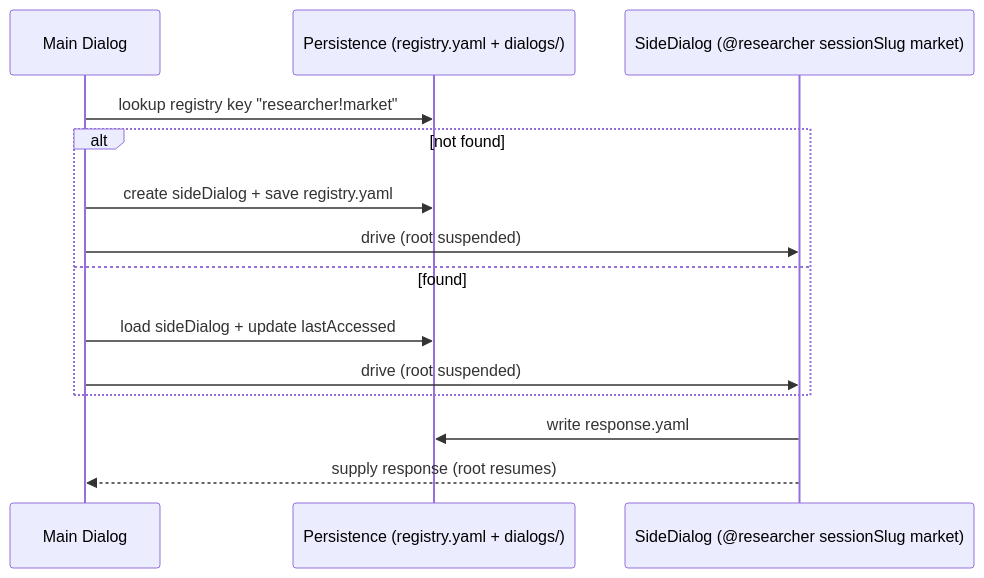
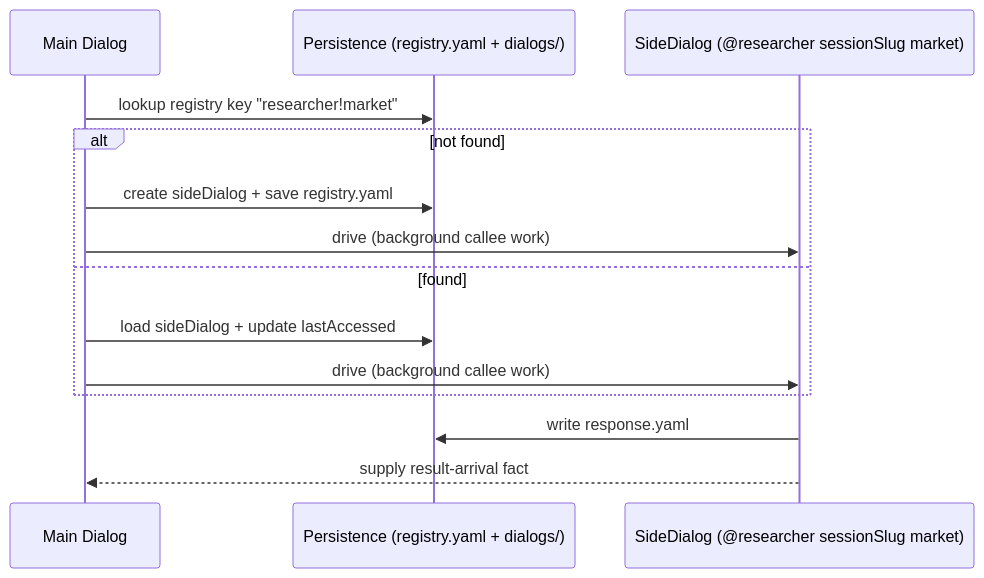
Diagram 18 of 18 in docs/dialog-system.md (longrun-ai/dominds), drawn with Mermaid before and after one commit. The commit also changed other lines of this file and 54 other files, not shown here.

````diff
--- a/docs/dialog-system.md
+++ b/docs/dialog-system.md
@@ -1443,18 +1440,18 @@
 ```mermaid
 sequenceDiagram
   participant Main as Main Dialog
   participant Store as Persistence (registry.yaml + dialogs/)
   participant Side as SideDialog (@researcher sessionSlug market)
 
   Main->>Store: lookup registry key "researcher!market"
   alt not found
     Main->>Store: create sideDialog + save registry.yaml
-    Main->>Side: drive (root suspended)
+    Main->>Side: drive (background callee work)
   else found
     Main->>Store: load sideDialog + update lastAccessed
-    Main->>Side: drive (root suspended)
+    Main->>Side: drive (background callee work)
   end
 
   Side->>Store: write response.yaml
-  Side-->>Main: supply response (root resumes)
+  Side-->>Main: supply result-arrival fact
 ```
````
